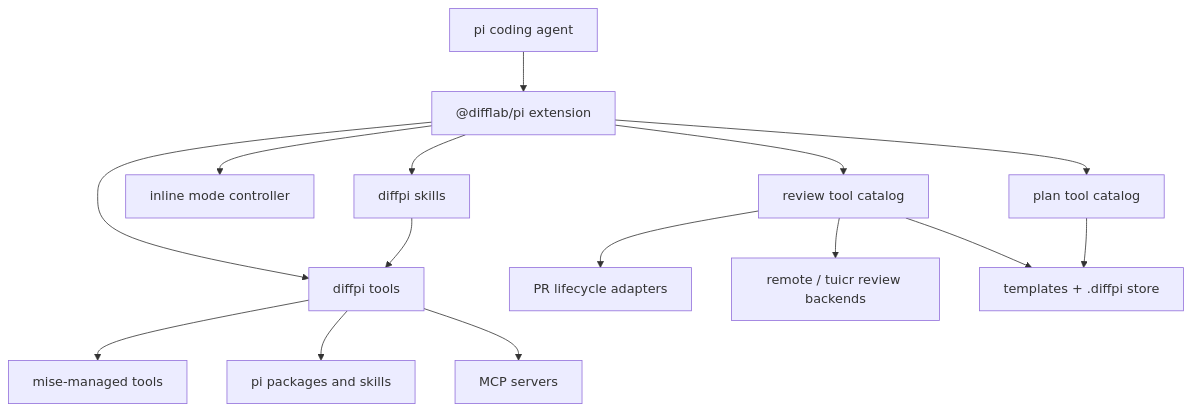
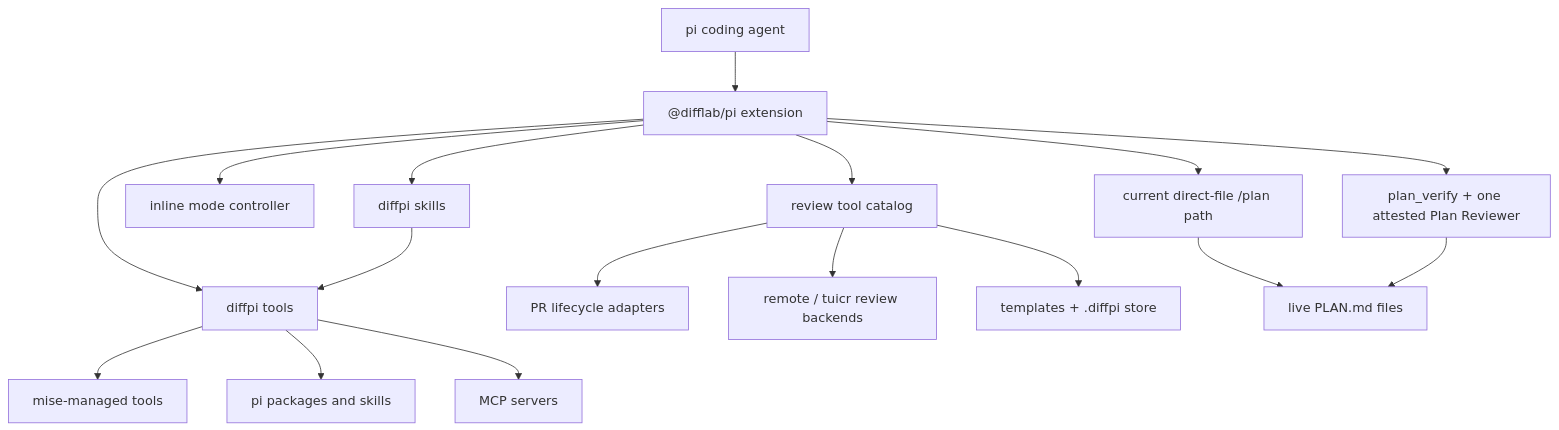
Before and after one commit to difflab-io/diffpi: the diagram in docs/architecture/index.md, drawn with Mermaid. The commit also changed other lines of this file and 80 other files, not shown here.

First line of the commit message:
refactor(pi): move plan authoring to live files

````diff
--- a/docs/architecture/index.md
+++ b/docs/architecture/index.md
@@ -31,17 +32,19 @@
 ```mermaid
 graph TD
     Pi["pi coding agent"] --> Extension["@difflab/pi extension"]
     Extension --> Tools["diffpi tools"]
     Extension --> Skills["diffpi skills"]
     Extension --> Modes["inline mode controller"]
     Extension --> Review["review tool catalog"]
-    Extension --> Plan["plan tool catalog"]
+    Extension --> PlanCurrent["current direct-file /plan path"]
+    Extension --> PlanTarget["plan_verify + one attested Plan Reviewer"]
     Skills --> Tools
     Review --> Forge["PR lifecycle adapters"]
     Review --> Backends["remote / tuicr review backends"]
     Review --> Store["templates + .diffpi store"]
-    Plan --> Store
+    PlanCurrent --> Files["live PLAN.md files"]
+    PlanTarget --> Files
     Tools --> Mise["mise-managed tools"]
     Tools --> Packages["pi packages and skills"]
     Tools --> MCP["MCP servers"]
 ```
````
